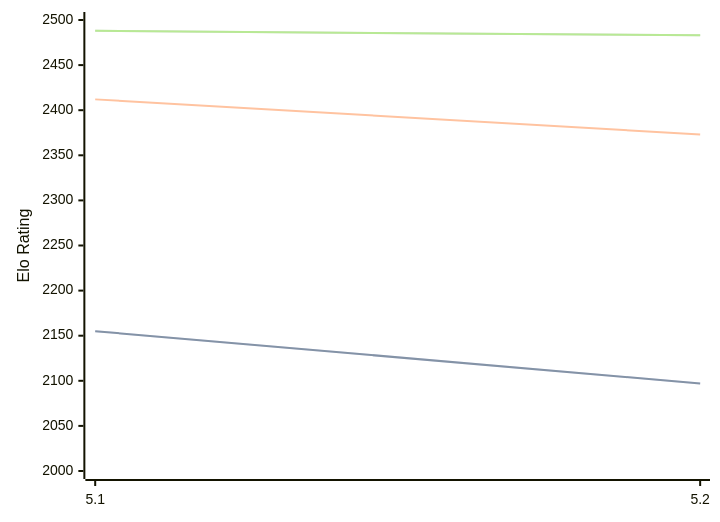
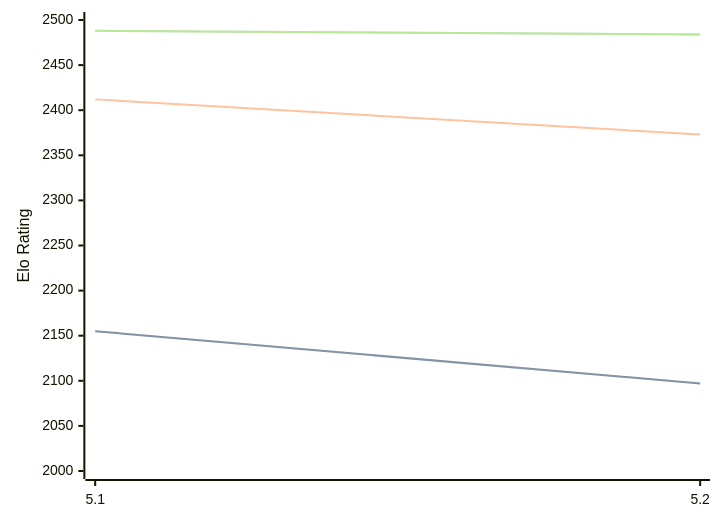
One commit to computer-chess-index/cci changed the diagram in engines/Prophet.md. Above: the diagram before and after it, drawn with Mermaid. The commit also changed other lines of this file, not shown here.

Commit message:
Update CCI Ratings (ELO VLTC) - 2026-08-17

````diff
--- a/engines/Prophet.md
+++ b/engines/Prophet.md
@@ -32,11 +32,11 @@
 ```mermaid
 %%{init: {"theme":"base","themeVariables":{"seriesColors:['#a3a3a3','#222221','#faa371']}}}%%
 xychart-beta
   x-axis ["5.1", "5.2"]
   y-axis "Elo Rating" 2000 --> 2500
   line "STC (8.0+0.08s)" [2155, 2097]
   line "STC (8.0+0.08s)" [2155, 2097]
   line "LTC (60.0+0.60s)" [2412, 2373]
-  line "VLTC (2m24s+1.12s)" [2488, 2483]
-  line "VLTC (2m24s+1.12s)" [2488, 2483]
+  line "VLTC (2m24s+1.12s)" [2488, 2484]
+  line "VLTC (2m24s+1.12s)" [2488, 2484]
 ```
````
